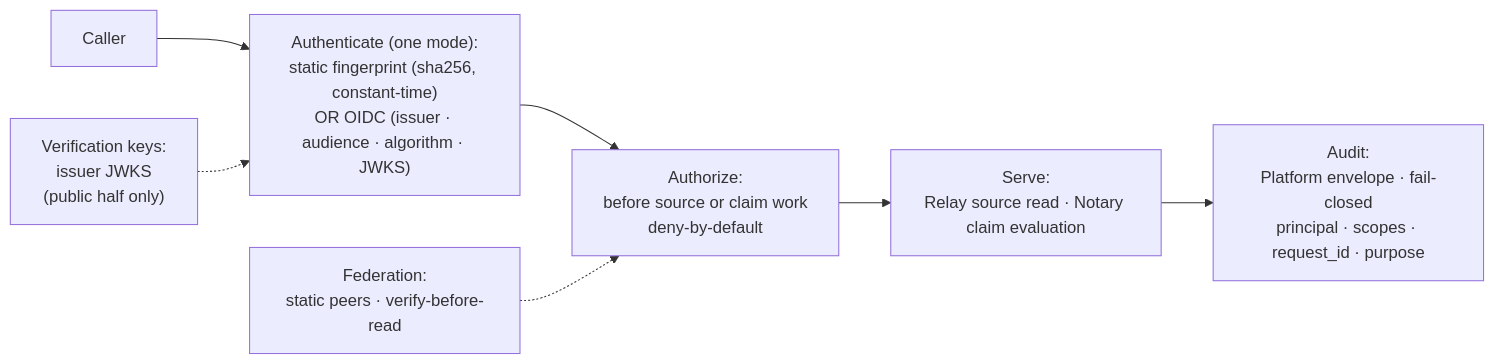
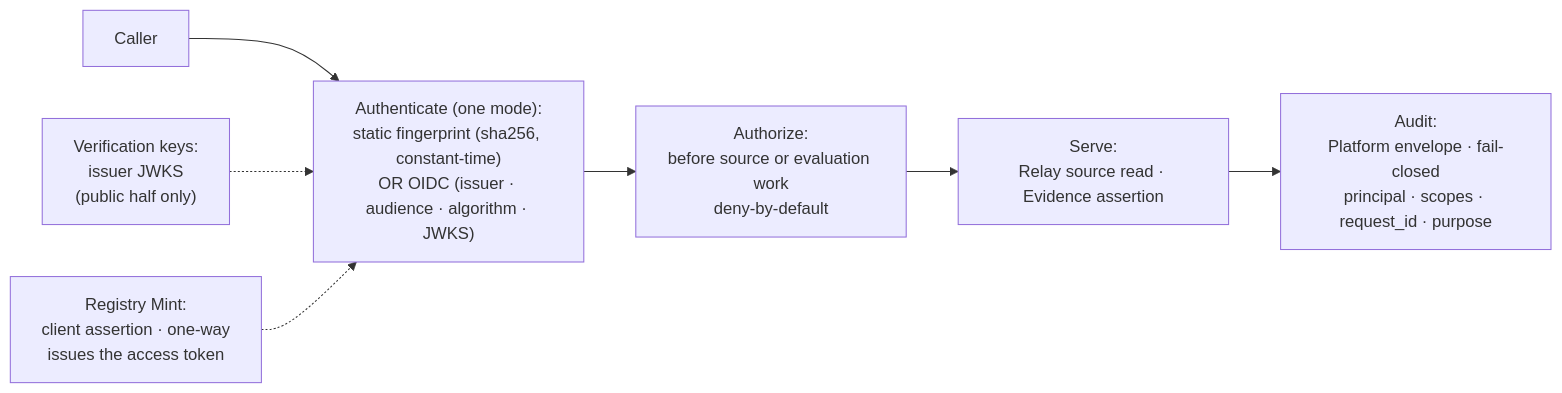
The diagram in docs/site/src/content/docs/spec/rs-sec-g.mdx (registrystack/registry-stack), drawn with Mermaid before and after one commit. The commit also changed other lines of this file and 32 other files, not shown here.

First line of the commit message:
docs(evidence): rewrite the heavy pages around Relay, Evidence, and Mint

````diff
--- a/docs/site/src/content/docs/spec/rs-sec-g.mdx
+++ b/docs/site/src/content/docs/spec/rs-sec-g.mdx
@@ -76,11 +75,11 @@
 ```mermaid
 flowchart LR
     caller["Caller"]
     authn["Authenticate (one mode):<br/>static fingerprint (sha256, constant-time)<br/>OR OIDC (issuer · audience · algorithm · JWKS)"]
-    authz["Authorize:<br/>before source or claim work<br/>deny-by-default"]
-    serve["Serve:<br/>Relay source read · Notary claim evaluation"]
+    authz["Authorize:<br/>before source or evaluation work<br/>deny-by-default"]
+    serve["Serve:<br/>Relay source read · Evidence assertion"]
     audit["Audit:<br/>Platform envelope · fail-closed<br/>principal · scopes · request_id · purpose"]
     caller --> authn --> authz --> serve --> audit
     keys["Verification keys:<br/>issuer JWKS<br/>(public half only)"] -.-> authn
-    peers["Federation:<br/>static peers · verify-before-read"] -.-> authz
+    mint["Registry Mint:<br/>client assertion · one-way<br/>issues the access token"] -.-> authn
 ```
````
